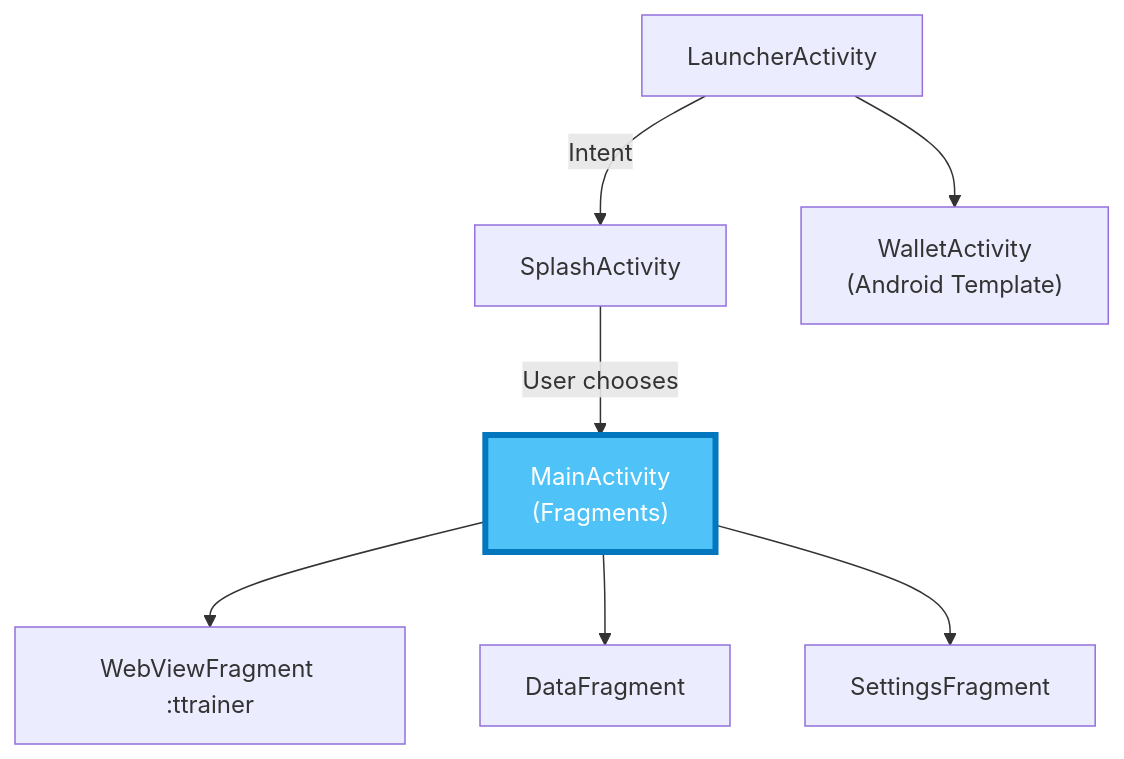
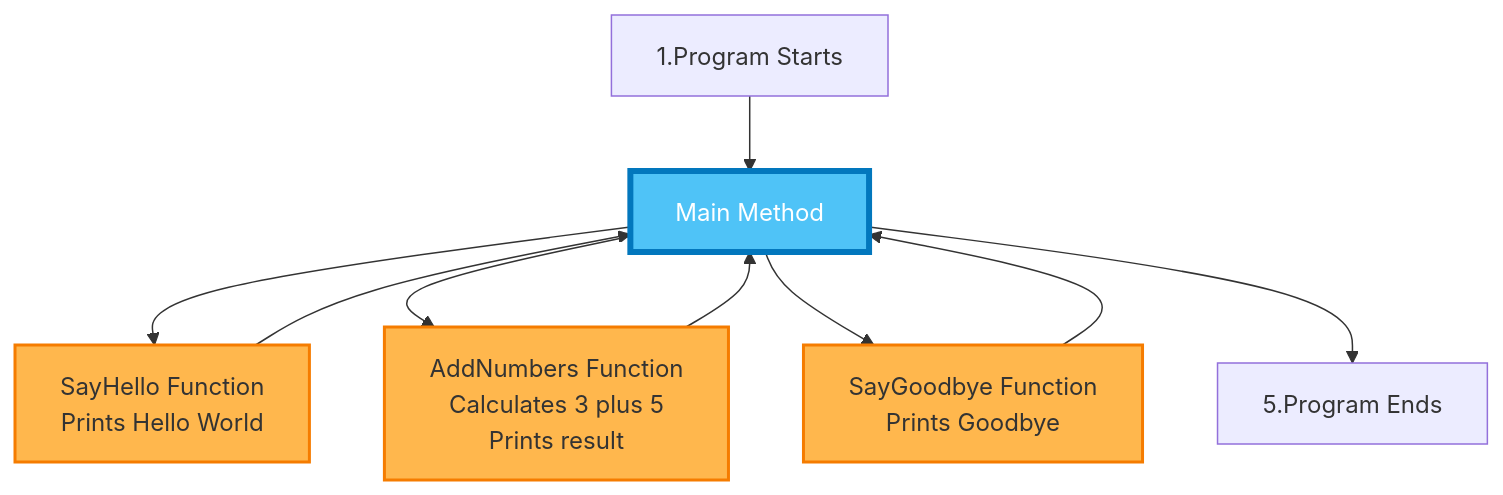
The diagram in cs2/Chapter7.md (3strategy/mathBeautifulFork), drawn with Mermaid before and after one commit.

Commit message:
removed mermaid curly braces in main (special hexagonal shape) (possibly the cause)

```diff
--- a/cs2/Chapter7.md
+++ b/cs2/Chapter7.md
@@ -50,10 +50,16 @@
 <div class="mermaid">
 flowchart TD
-    LA[LauncherActivity] -->|Intent| SPLASH[SplashActivity]
-    SPLASH -->|User chooses| MAIN["MainActivity<br/>(Fragments)"]
-    MAIN --> WVF["WebViewFragment :ttrainer"]
-    MAIN --> DBF[DataFragment]
-    MAIN --> SET[SettingsFragment]
-    LA   --> WA["WalletActivity<br/>(Android Template)"]
-    style MAIN fill:#4fc3f7,stroke:#0277bd,stroke-width:4px,color:#fff
+    Start[1.Program Starts] --> Main
+    Main["Main Method"] --> SayHello[SayHello Function<br/>Prints Hello World]
+    SayHello --> Main
+    Main --> AddNumbers[AddNumbers Function<br/>Calculates 3 plus 5<br/>Prints result]
+    AddNumbers --> Main
+    Main --> SayGoodbye[SayGoodbye Function<br/>Prints Goodbye]
+    SayGoodbye --> Main
+    Main --> End[5.Program Ends]
+    
+    style Main fill:#4fc3f7,stroke:#0277bd,stroke-width:4px,color:#fff
+    style SayHello fill:#ffb74d,stroke:#f57c00,stroke-width:2px
+    style AddNumbers fill:#ffb74d,stroke:#f57c00,stroke-width:2px
+    style SayGoodbye fill:#ffb74d,stroke:#f57c00,stroke-width:2px
 </div>
```
